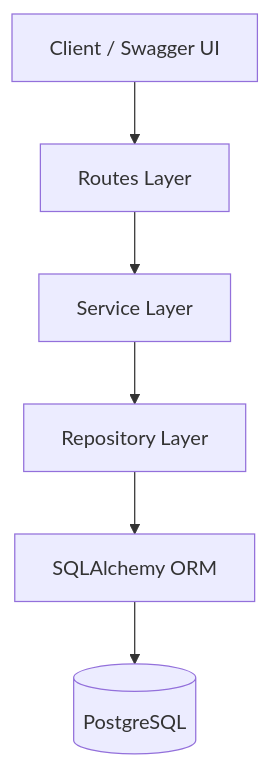
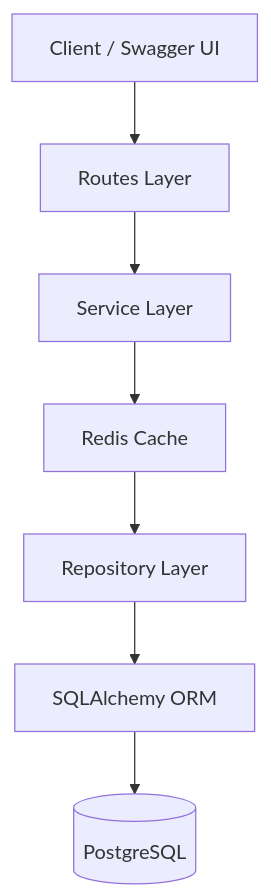
One commit to arpitgarg88/task-management-api changed the diagram in README.md. Above: the diagram before and after it, drawn with Mermaid. The commit also changed other lines of this file and 1 other file, not shown here.

Commit message:
chore(readme): updated README.md and requirements.txt to include redis caching

````diff
--- a/README.md
+++ b/README.md
@@ -107,11 +134,12 @@
 ```mermaid
 flowchart TD
 
 A[Client / Swagger UI]
 
 A --> B[Routes Layer]
 B --> C[Service Layer]
-C --> D[Repository Layer]
-D --> E[SQLAlchemy ORM]
-E --> F[(PostgreSQL)]
+C --> D[Redis Cache]
+D --> E[Repository Layer]
+E --> F[SQLAlchemy ORM]
+F --> G[(PostgreSQL)]
 ```
````
